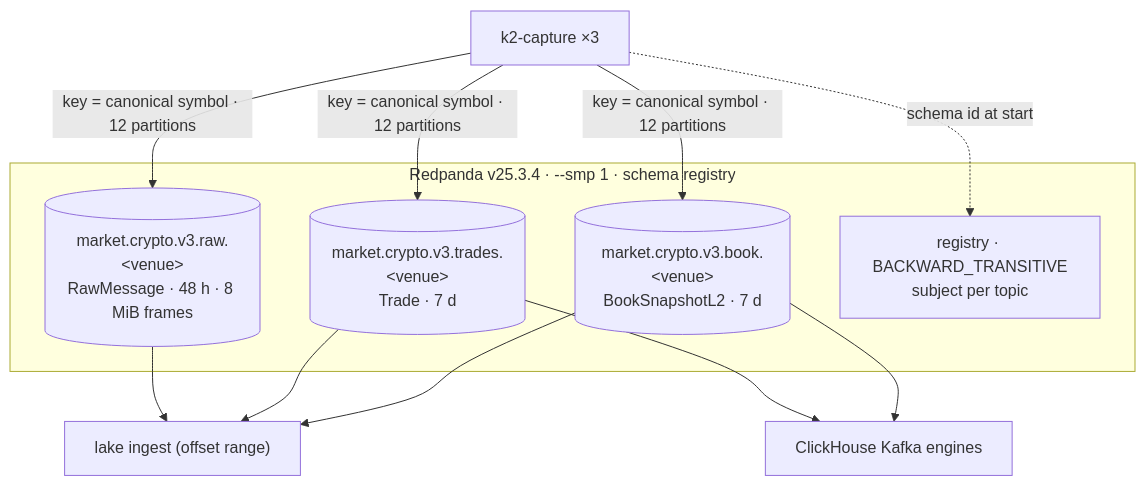
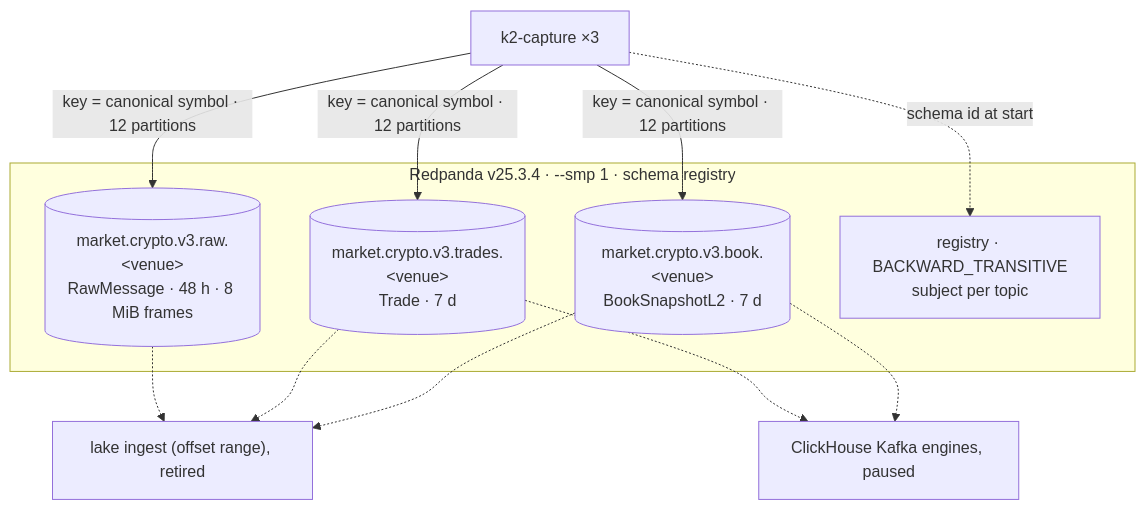
Before and after one commit to rjdscott/k2-market-data-platform: the diagram in docs/architecture/07-wire-contracts.md, drawn with Mermaid. The commit also changed other lines of this file and 24 other files, not shown here.

First line of the commit message:
docs(architecture): the book after the v3 lake ingest retires (W6)

````diff
--- a/docs/architecture/07-wire-contracts.md
+++ b/docs/architecture/07-wire-contracts.md
@@ -52,15 +61,15 @@
 ```mermaid
 flowchart TB
   CAP["k2-capture ×3"]
   subgraph RP["Redpanda v25.3.4 · --smp 1 · schema registry"]
     RAW[("market.crypto.v3.raw.&lt;venue&gt;<br/>RawMessage · 48 h · 8 MiB frames")]
     TRD[("market.crypto.v3.trades.&lt;venue&gt;<br/>Trade · 7 d")]
     BK[("market.crypto.v3.book.&lt;venue&gt;<br/>BookSnapshotL2 · 7 d")]
     REG["registry · BACKWARD_TRANSITIVE<br/>subject per topic"]
   end
   CAP -->|"key = canonical symbol · 12 partitions"| RAW & TRD & BK
   CAP -.->|"schema id at start"| REG
-  RAW --> LK["lake ingest (offset range)"]
-  TRD & BK --> LK
-  TRD & BK --> CH["ClickHouse Kafka engines"]
+  RAW -.-> LK["lake ingest (offset range), retired"]
+  TRD & BK -.-> LK
+  TRD & BK -.-> CH["ClickHouse Kafka engines, paused"]
 ```
````
